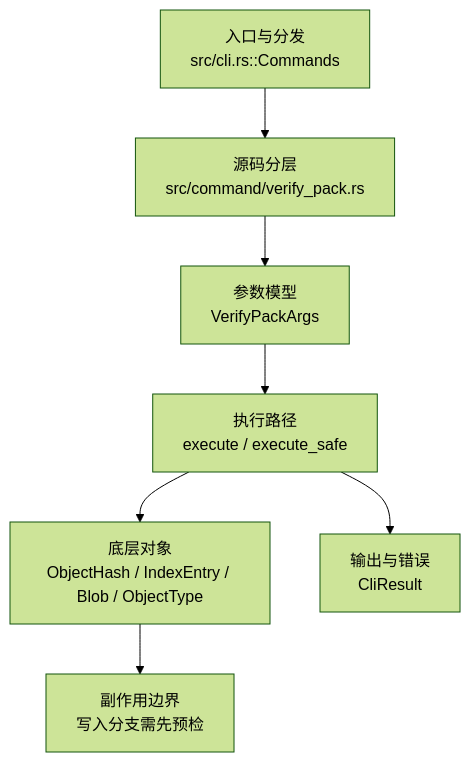
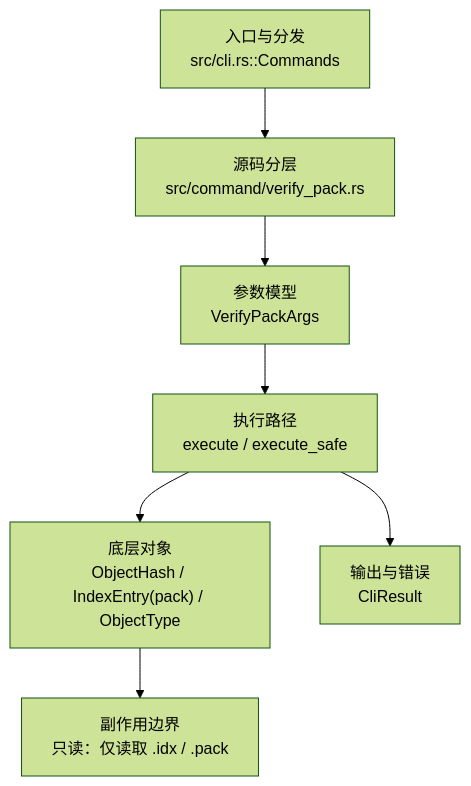
Before and after one commit to web3infra-foundation/libra: the diagram in docs/development/commands/verify-pack.md, drawn with Mermaid (forest theme). The commit also changed other lines of this file and 65 other files, not shown here.

````diff
--- a/docs/development/commands/verify-pack.md
+++ b/docs/development/commands/verify-pack.md
@@ -22,9 +22,9 @@
 ```mermaid
 flowchart TD
     A["入口与分发<br/>src/cli.rs::Commands"] --> B["源码分层<br/>src/command/verify_pack.rs"]
     B --> C["参数模型<br/>VerifyPackArgs"]
     C --> D["执行路径<br/>execute / execute_safe"]
-    D --> E["底层对象<br/>ObjectHash / IndexEntry / Blob / ObjectType"]
+    D --> E["底层对象<br/>ObjectHash / IndexEntry(pack) / ObjectType"]
     D --> F["输出与错误<br/>CliResult"]
-    E --> G["副作用边界<br/>写入分支需先预检"]
+    E --> G["副作用边界<br/>只读：仅读取 .idx / .pack"]
 ```
````
